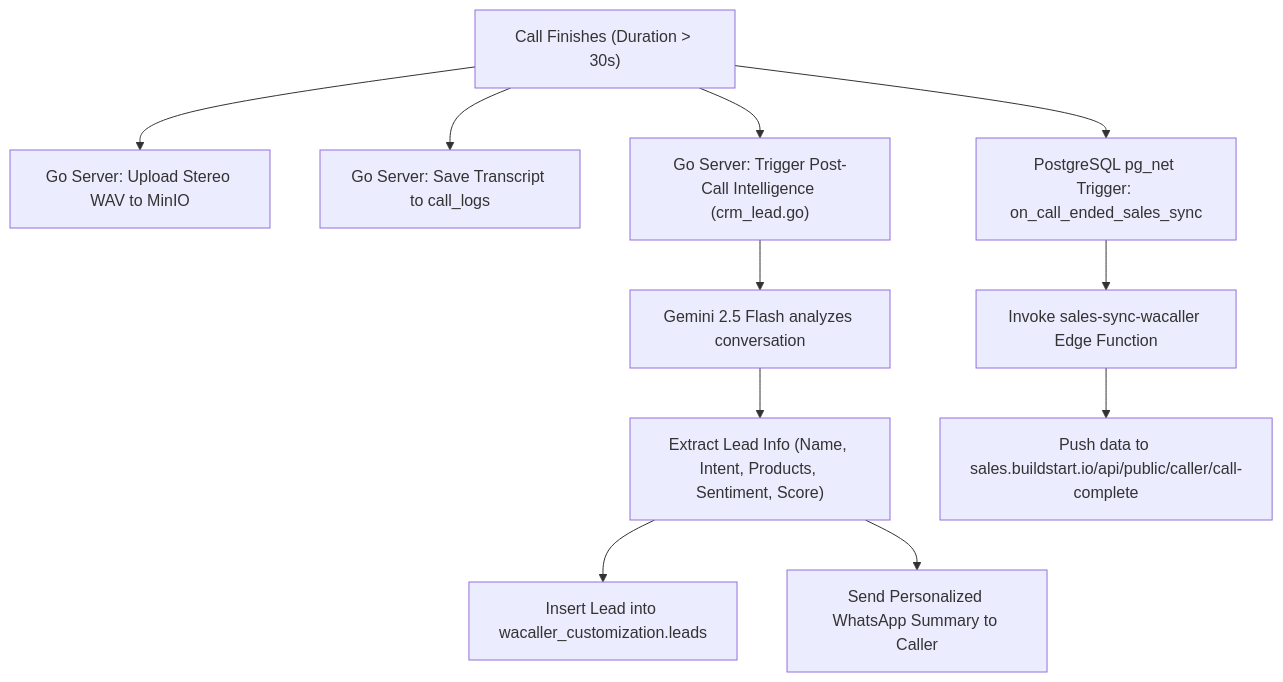
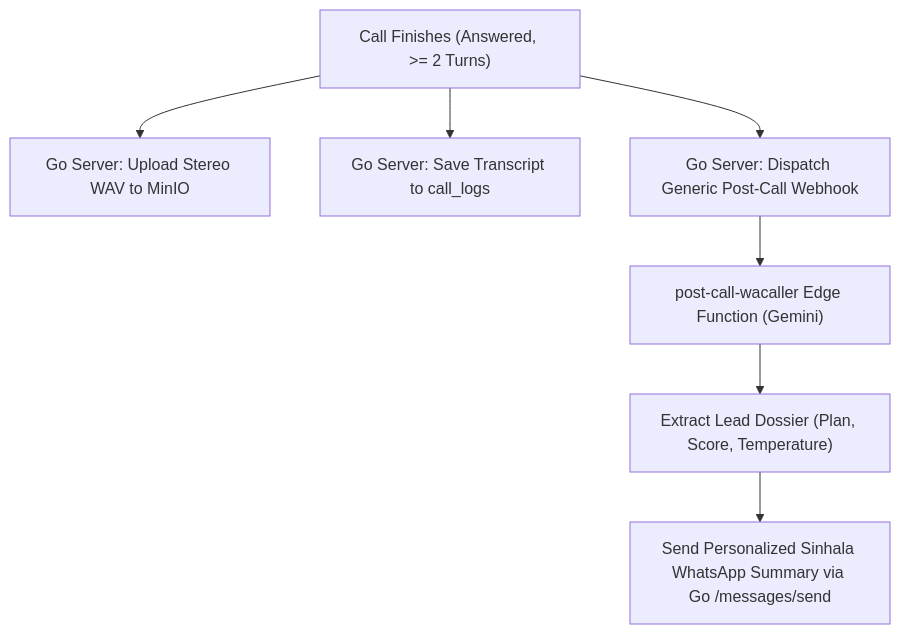
The sixth of 7 diagrams in ARCHITECTURE.md (BuildStart-io/buildstart-wacaller), drawn with Mermaid before and after one commit. The commit also changed other lines of this file and 8 other files, not shown here.

Commit message:
feat(wacaller): migrate local voice persona & post-call lead dossier from Go server; remove sales-sync-wacaller

````diff
--- a/ARCHITECTURE.md
+++ b/ARCHITECTURE.md
@@ -409,13 +396,9 @@
 ```mermaid
 flowchart TD
-    A["Call Finishes (Duration > 30s)"] --> B["Go Server: Upload Stereo WAV to MinIO"]
+    A["Call Finishes (Answered, >= 2 Turns)"] --> B["Go Server: Upload Stereo WAV to MinIO"]
     A --> C["Go Server: Save Transcript to call_logs"]
-    A --> D["Go Server: Trigger Post-Call Intelligence (crm_lead.go)"]
-    D --> E["Gemini 2.5 Flash analyzes conversation"]
-    E --> F["Extract Lead Info (Name, Intent, Products, Sentiment, Score)"]
-    F --> G["Insert Lead into wacaller_customization.leads"]
-    F --> H["Send Personalized WhatsApp Summary to Caller"]
-    A --> I["PostgreSQL pg_net Trigger: on_call_ended_sales_sync"]
-    I --> J["Invoke sales-sync-wacaller Edge Function"]
-    J --> K["Push data to sales.buildstart.io/api/public/caller/call-complete"]
+    A --> D["Go Server: Dispatch Generic Post-Call Webhook"]
+    D --> E["post-call-wacaller Edge Function (Gemini)"]
+    E --> F["Extract Lead Dossier (Plan, Score, Temperature)"]
+    F --> H["Send Personalized Sinhala WhatsApp Summary via Go /messages/send"]
 ```
````
